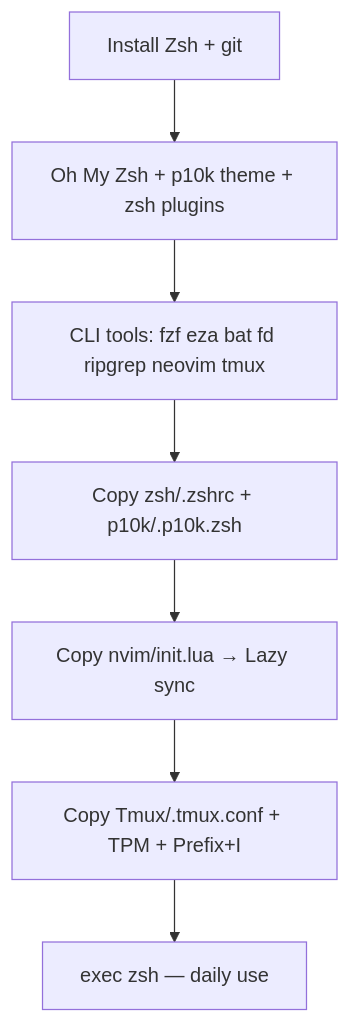
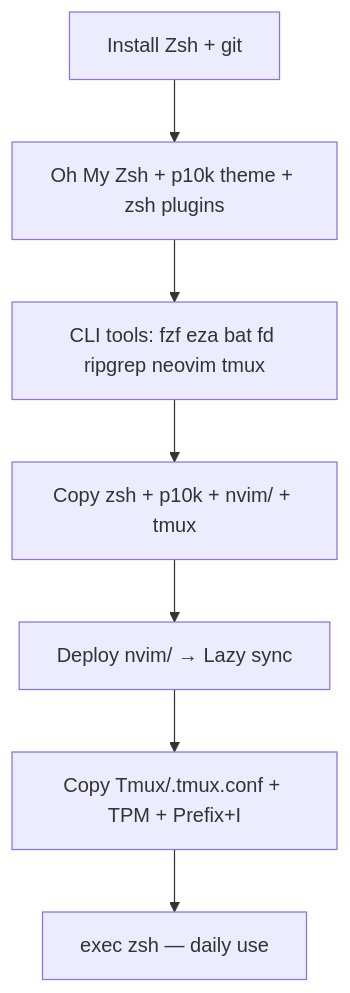
The diagram in readme.md (Zourvan/My-Workflow), drawn with Mermaid before and after one commit. The commit also changed other lines of this file and 70 other files, not shown here.

````diff
--- a/readme.md
+++ b/readme.md
@@ -202,9 +271,9 @@
 ```mermaid
 flowchart TD
   A[Install Zsh + git] --> B[Oh My Zsh + p10k theme + zsh plugins]
   B --> C[CLI tools: fzf eza bat fd ripgrep neovim tmux]
-  C --> D[Copy zsh/.zshrc + p10k/.p10k.zsh]
-  D --> E[Copy nvim/init.lua → Lazy sync]
+  C --> D[Copy zsh + p10k + nvim/ + tmux]
+  D --> E[Deploy nvim/ → Lazy sync]
   E --> F[Copy Tmux/.tmux.conf + TPM + Prefix+I]
   F --> G[exec zsh — daily use]
 ```
````
